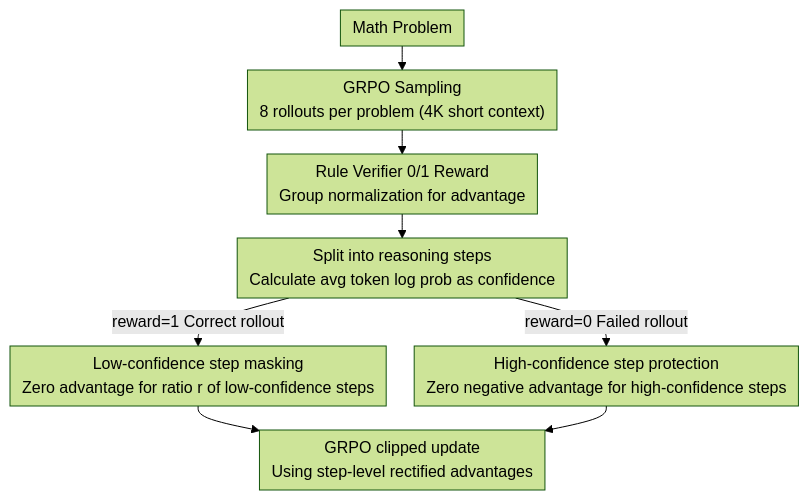
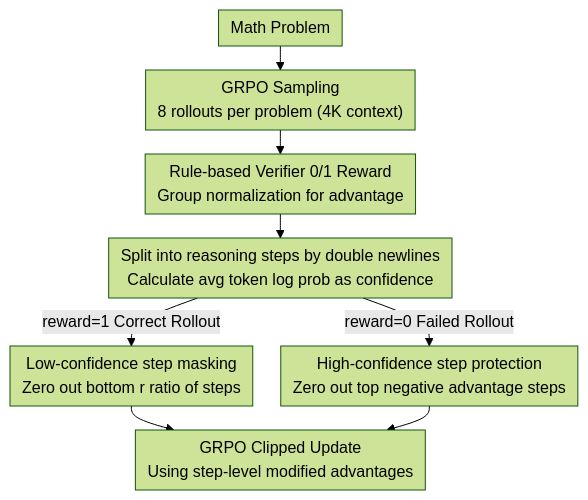
Before and after one commit to zhaoyang97/Paper-Notes-en: the diagram in docs/ACL2026/llm_reasoning/stabilizing_efficient_reasoning_with_step-level_advantage_selection.md, drawn with Mermaid (forest theme). The commit also changed other lines of this file and 5084 other files, not shown here.

````diff
--- a/docs/ACL2026/llm_reasoning/stabilizing_efficient_reasoning_with_step-level_advantage_selection.md
+++ b/docs/ACL2026/llm_reasoning/stabilizing_efficient_reasoning_with_step-level_advantage_selection.md
@@ -45,11 +45,11 @@
 ```mermaid
 %%{init: {'flowchart': {'rankSpacing': 24, 'nodeSpacing': 28, 'padding': 6, 'wrappingWidth': 400}}}%%
 flowchart TD
-    A["Math Problem"] --> B["GRPO Sampling<br/>8 rollouts per problem (4K short context)"]
-    B --> C["Rule Verifier 0/1 Reward<br/>Group normalization for advantage"]
-    C --> D["Split into reasoning steps<br/>Calculate avg token log prob as confidence"]
-    D -->|reward=1 Correct rollout| E["Low-confidence step masking<br/>Zero advantage for ratio r of low-confidence steps"]
-    D -->|reward=0 Failed rollout| F["High-confidence step protection<br/>Zero negative advantage for high-confidence steps"]
-    E --> G["GRPO clipped update<br/>Using step-level rectified advantages"]
+    A["Math Problem"] --> B["GRPO Sampling<br/>8 rollouts per problem (4K context)"]
+    B --> C["Rule-based Verifier 0/1 Reward<br/>Group normalization for advantage"]
+    C --> D["Split into reasoning steps by double newlines<br/>Calculate avg token log prob as confidence"]
+    D -->|reward=1 Correct Rollout| E["Low-confidence step masking<br/>Zero out bottom r ratio of steps"]
+    D -->|reward=0 Failed Rollout| F["High-confidence step protection<br/>Zero out top negative advantage steps"]
+    E --> G["GRPO Clipped Update<br/>Using step-level modified advantages"]
     F --> G
 ```
````
